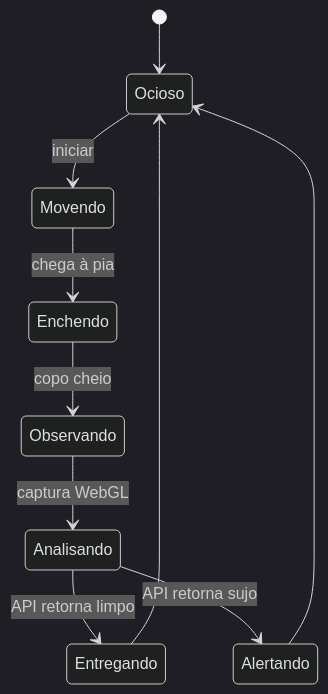
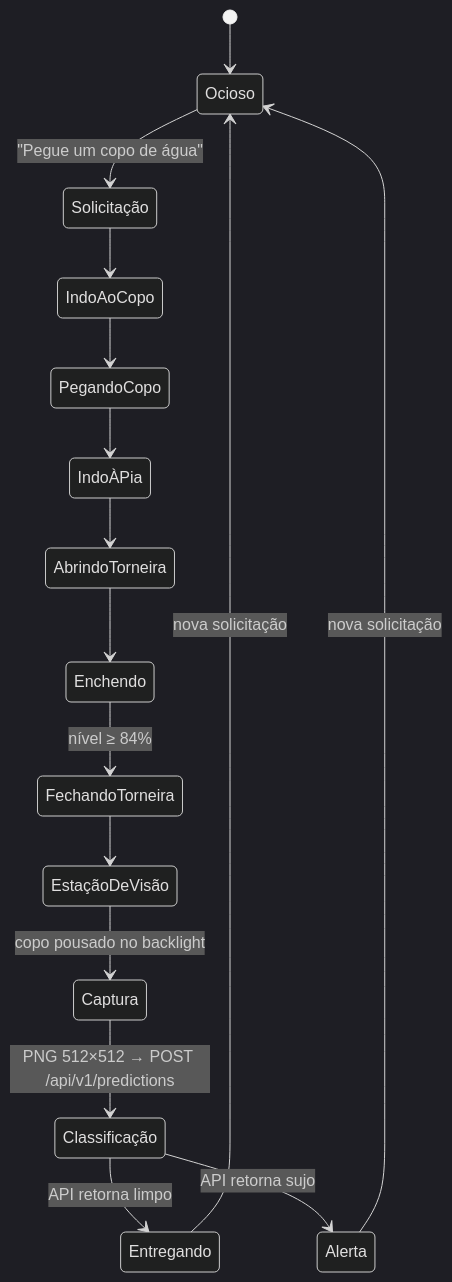
One commit to PedroArlyx/water-clarity-classifier changed the fifth of 6 diagrams in docs/ARQUITETURA.md. Above: the diagram before and after it, drawn with Mermaid (dark theme). The commit also changed other lines of this file and 36 other files, not shown here.

````diff
--- a/docs/ARQUITETURA.md
+++ b/docs/ARQUITETURA.md
@@ -76,12 +76,18 @@
 ```mermaid
 stateDiagram-v2
     [*] --> Ocioso
-    Ocioso --> Movendo: iniciar
-    Movendo --> Enchendo: chega à pia
-    Enchendo --> Observando: copo cheio
-    Observando --> Analisando: captura WebGL
-    Analisando --> Entregando: API retorna limpo
-    Analisando --> Alertando: API retorna sujo
-    Entregando --> Ocioso
-    Alertando --> Ocioso
+    Ocioso --> Solicitação: "Pegue um copo de água"
+    Solicitação --> IndoAoCopo
+    IndoAoCopo --> PegandoCopo
+    PegandoCopo --> IndoÀPia
+    IndoÀPia --> AbrindoTorneira
+    AbrindoTorneira --> Enchendo
+    Enchendo --> FechandoTorneira: nível ≥ 84%
+    FechandoTorneira --> EstaçãoDeVisão
+    EstaçãoDeVisão --> Captura: copo pousado no backlight
+    Captura --> Classificação: PNG 512×512 → POST /api/v1/predictions
+    Classificação --> Entregando: API retorna limpo
+    Classificação --> Alerta: API retorna sujo
+    Entregando --> Ocioso: nova solicitação
+    Alerta --> Ocioso: nova solicitação
 ```
````
